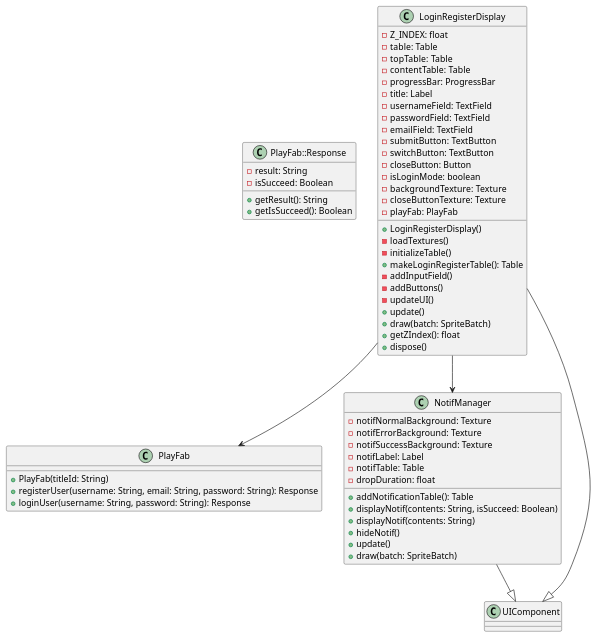
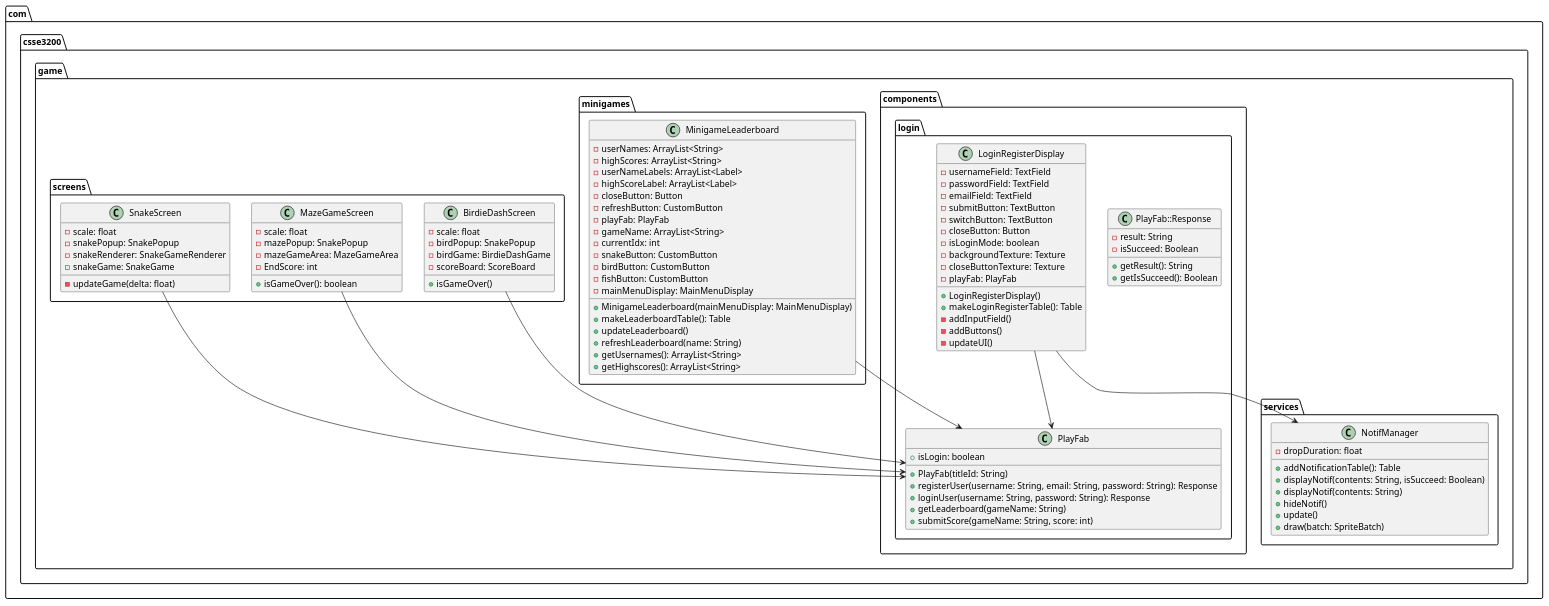
One commit to UQcsse3200/2024-studio-2 changed the diagram in source/core/src/main/com/csse3200/game/components/login/Login.puml. Above: the diagram before and after it, drawn with PlantUML. The commit also changed 3 other files, not shown here.

Commit message:
Update UML Diagram

```diff
--- a/source/core/src/main/com/csse3200/game/components/login/Login.puml
+++ b/source/core/src/main/com/csse3200/game/components/login/Login.puml
@@ -1,68 +1,113 @@
 @startuml
 
 
-class PlayFab::Response {
-    - result: String
-    - isSucceed: Boolean
-    + getResult(): String
-    + getIsSucceed(): Boolean
+package com.csse3200.game.components.login {
+    class PlayFab::Response {
+        - result: String
+        - isSucceed: Boolean
+        + getResult(): String
+        + getIsSucceed(): Boolean
+    }
+
+    class PlayFab {
+        + isLogin: boolean
+        + PlayFab(titleId: String)
+        + registerUser(username: String, email: String, password: String): Response
+        + loginUser(username: String, password: String): Response
+        + getLeaderboard(gameName: String)
+        + submitScore(gameName: String, score: int)
+    }
+    class LoginRegisterDisplay {
+        - usernameField: TextField
+        - passwordField: TextField
+        - emailField: TextField
+        - submitButton: TextButton
+        - switchButton: TextButton
+        - closeButton: Button
+        - isLoginMode: boolean
+        - backgroundTexture: Texture
+        - closeButtonTexture: Texture
+        - playFab: PlayFab
+
+        + LoginRegisterDisplay()
+        + makeLoginRegisterTable(): Table
+        - addInputField()
+        - addButtons()
+        - updateUI()
+    }
+}
+
+package com.csse3200.game.services {
+    class NotifManager {
+        - dropDuration: float
+        + addNotificationTable(): Table
+        + displayNotif(contents: String, isSucceed: Boolean)
+        + displayNotif(contents: String)
+        + hideNotif()
+        + update()
+        + draw(batch: SpriteBatch)
+    }
+}
+
+package com.csse3200.game.minigames {
+    class MinigameLeaderboard {
+        - userNames: ArrayList<String>
+        - highScores: ArrayList<String>
+        - userNameLabels: ArrayList<Label>
+        - highScoreLabel: ArrayList<Label>
+        - closeButton: Button
+        - refreshButton: CustomButton
+        - playFab: PlayFab
+        - gameName: ArrayList<String>
+        - currentIdx: int
+        - snakeButton: CustomButton
+        - birdButton: CustomButton
+        - fishButton: CustomButton
+        - mainMenuDisplay: MainMenuDisplay
+
+        + MinigameLeaderboard(mainMenuDisplay: MainMenuDisplay)
+        + makeLeaderboardTable(): Table
+        + updateLeaderboard()
+        + refreshLeaderboard(name: String)
+        + getUsernames(): ArrayList<String>
+        + getHighscores(): ArrayList<String>
+    }
+}
+
+package com.csse3200.game.screens {
+    class BirdieDashScreen {
+        - scale: float
+        - birdPopup: SnakePopup
+        - birdGame: BirdieDashGame
+        - scoreBoard: ScoreBoard
+        + isGameOver()
+    }
 }
 
 
-class PlayFab {
-    + PlayFab(titleId: String)
-    + registerUser(username: String, email: String, password: String): Response
-    + loginUser(username: String, password: String): Response
+package com.csse3200.game.screens {
+    class MazeGameScreen {
+        - scale: float
+        - mazePopup: SnakePopup
+        - mazeGameArea: MazeGameArea
+        - EndScore: int
+        + isGameOver(): boolean
+    }
 }
 
-class LoginRegisterDisplay {
-    - Z_INDEX: float
-    - table: Table
-    - topTable: Table
-    - contentTable: Table
-    - progressBar: ProgressBar
-    - title: Label
-    - usernameField: TextField
-    - passwordField: TextField
-    - emailField: TextField
-    - submitButton: TextButton
-    - switchButton: TextButton
-    - closeButton: Button
-    - isLoginMode: boolean
-    - backgroundTexture: Texture
-    - closeButtonTexture: Texture
-    - playFab: PlayFab
-
-    + LoginRegisterDisplay()
-    - loadTextures()
-    - initializeTable()
-    + makeLoginRegisterTable(): Table
-    - addInputField()
-    - addButtons()
-    - updateUI()
-    + update()
-    + draw(batch: SpriteBatch)
-    + getZIndex(): float
-    + dispose()
+package com.csse3200.game.screens {
+    class SnakeScreen {
+        - scale: float
+        - snakePopup: SnakePopup
+        - snakeRenderer: SnakeGameRenderer
+        - snakeGame: SnakeGame
+        - updateGame(delta: float)
+    }
 }
-
-class NotifManager {
-    - notifNormalBackground: Texture
-    - notifErrorBackground: Texture
-    - notifSuccessBackground: Texture
-    - notifLabel: Label
-    - notifTable: Table
-    - dropDuration: float
-    + addNotificationTable(): Table
-    + displayNotif(contents: String, isSucceed: Boolean)
-    + displayNotif(contents: String)
-    + hideNotif()
-    + update()
-    + draw(batch: SpriteBatch)
-}
-
-LoginRegisterDisplay --|> UIComponent
 LoginRegisterDisplay --> PlayFab
 LoginRegisterDisplay --> NotifManager
-NotifManager --|> UIComponent
+MinigameLeaderboard --> PlayFab
+BirdieDashScreen --> PlayFab
+MazeGameScreen --> PlayFab
+SnakeScreen --> PlayFab
 @enduml
```
